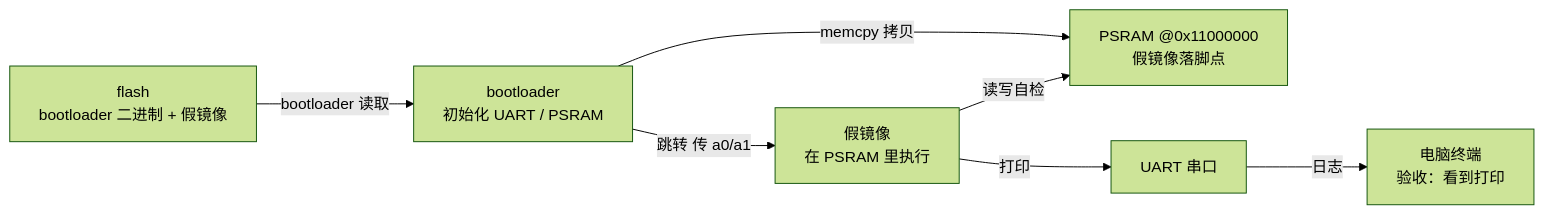
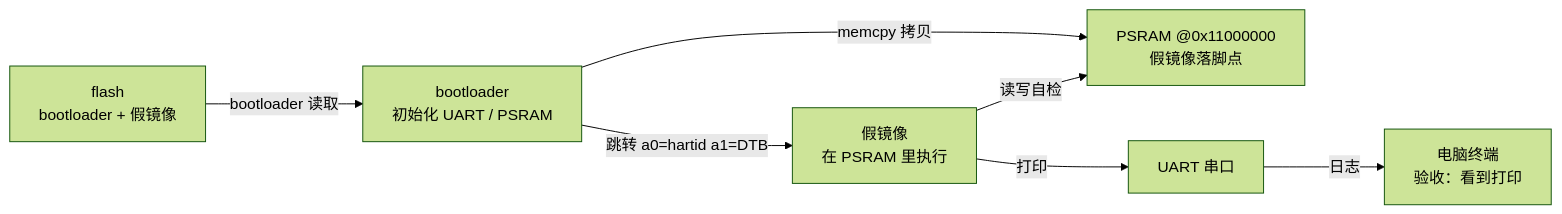
One commit to IotaHydrae/rp2350-linux changed the diagram in notes/学习记录/S1 · 假镜像闭环.md. Above: the diagram before and after it, drawn with Mermaid (forest theme). The commit also changed other lines of this file and 1 other file, not shown here.

````diff
--- a/notes/学习记录/S1 · 假镜像闭环.md
+++ b/notes/学习记录/S1 · 假镜像闭环.md
@@ -7,9 +5,9 @@
 ```mermaid
 flowchart LR
-    A["flash<br/>bootloader 二进制 + 假镜像"] -->|bootloader 读取| B["bootloader<br/>初始化 UART / PSRAM"]
+    A["flash<br/>bootloader + 假镜像"] -->|bootloader 读取| B["bootloader<br/>初始化 UART / PSRAM"]
     B -->|memcpy 拷贝| C["PSRAM @0x11000000<br/>假镜像落脚点"]
-    B -->|跳转 传 a0/a1| D["假镜像<br/>在 PSRAM 里执行"]
+    B -->|跳转 a0=hartid a1=DTB| D["假镜像<br/>在 PSRAM 里执行"]
     D -->|读写自检| C
     D -->|打印| E["UART 串口"]
     E -->|日志| F["电脑终端<br/>验收：看到打印"]
 ```
````
